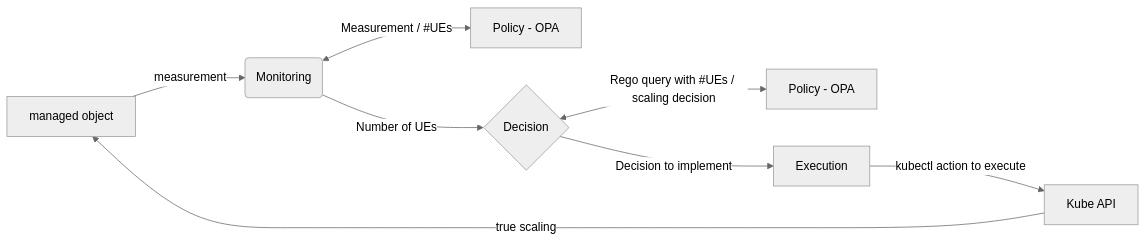
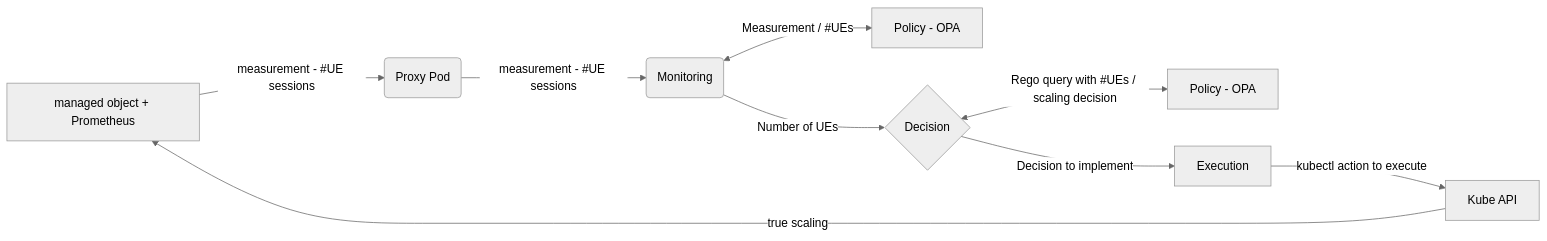
One commit to dbursztynowski/cl_demo changed the diagram in README2.md. Above: the diagram before and after it, drawn with Mermaid (neutral theme).

````diff
--- a/README2.md
+++ b/README2.md
@@ -7,10 +7,11 @@
 ```mermaid
 flowchart LR
-M[managed object] -->|measurement| A(Monitoring)
+M[managed object + Prometheus] -->|measurement - #UE sessions| X(Proxy Pod)
+X -->|measurement - #UE sessions| A(Monitoring)
 A <-->|Measurement / #UEs| P[Policy - OPA]
 A -->|Number of UEs| B{Decision}
 B <-->|Rego query with #UEs / scaling decision| C[Policy - OPA]
 B -->|Decision to implement| D[Execution]
 D -->|kubectl action to execute| K[Kube API]
 K -->|true scaling| M
 ```
````
